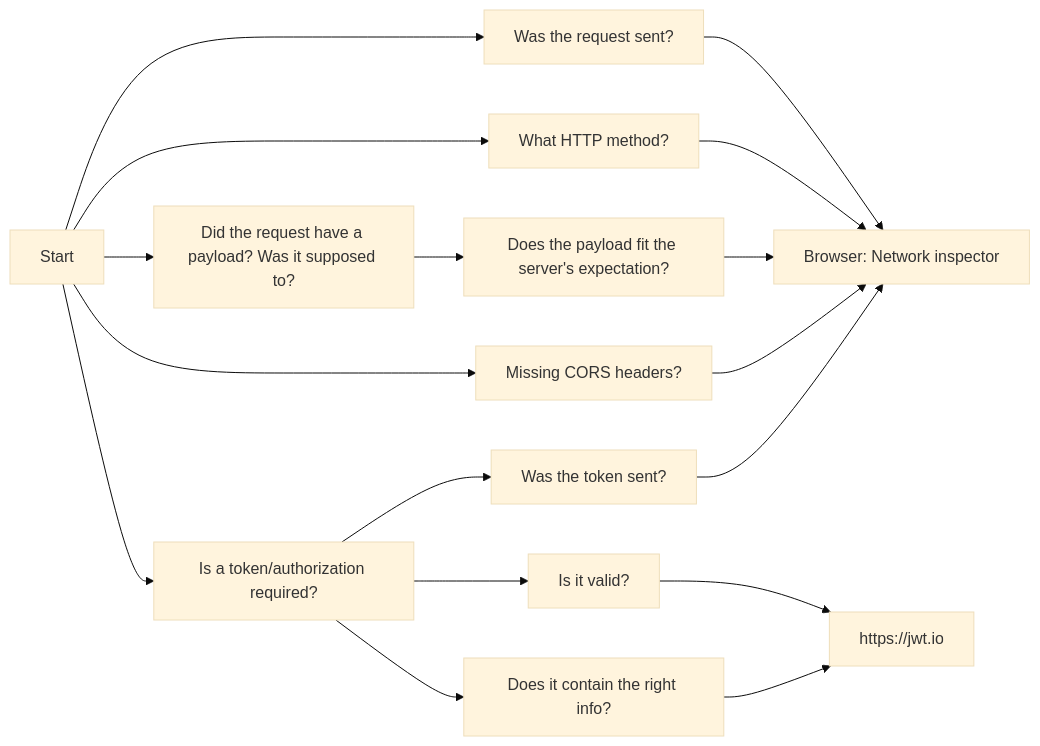
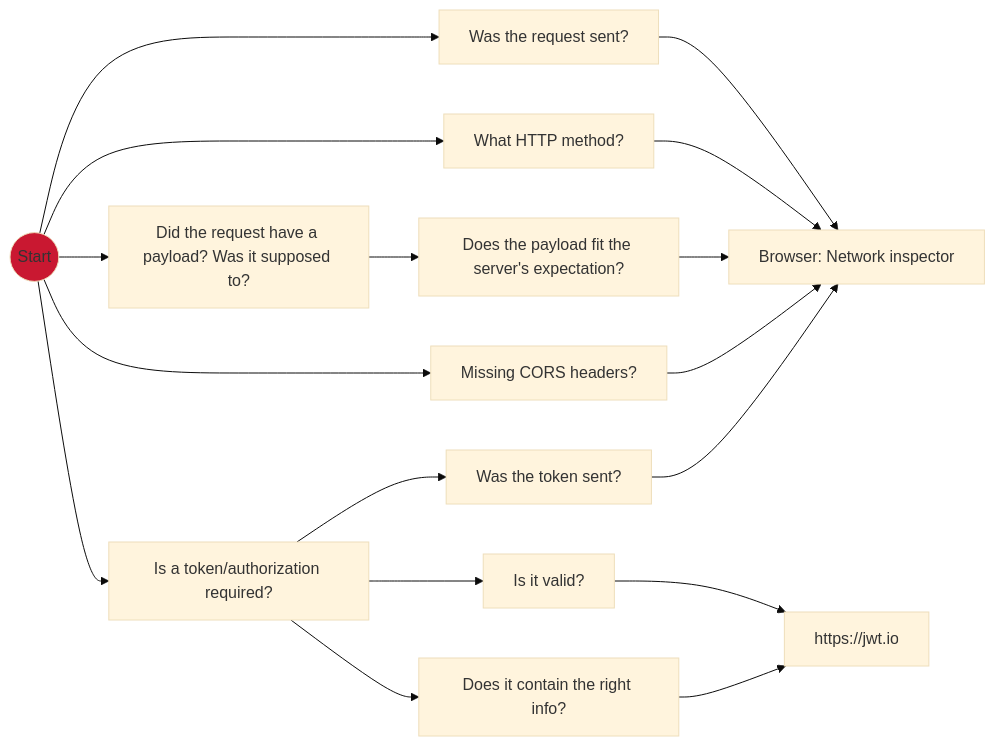
Before and after one commit to zspitz/debuggingProcess: the third of 5 diagrams in README.md, drawn with Mermaid (base theme). The commit also changed other lines of this file, not shown here.

Commit message:
Style start nodes

````diff
--- a/README.md
+++ b/README.md
@@ -57,18 +61,20 @@
 ```mermaid
 graph LR
-N010[Start] --> N074[Was the request sent?]
+Start((Start)) --> N074[Was the request sent?]
 
-N010 --> N075[What HTTP method?]
+Start --> N075[What HTTP method?]
 
-N010 --> N076[Did the request have a payload? Was it supposed to?] --> N077[Does the payload fit the server's expectation?]
+Start --> N076[Did the request have a payload? Was it supposed to?] --> N077[Does the payload fit the server's expectation?]
 
-N010 --> N078[Missing CORS headers?]
+Start --> N078[Missing CORS headers?]
 
 N074 & N075 & N077 & N078 --> N079[Browser: Network inspector]
 
-N010 --> N080[Is a token/authorization required?] --> N081[Was the token sent?] & N082[Is it valid?] & N083[Does it contain the right info?]
+Start --> N080[Is a token/authorization required?] --> N081[Was the token sent?] & N082[Is it valid?] & N083[Does it contain the right info?]
 
 N081 --> N079
 
 N082 & N083 --> N084[https://jwt.io]
+
+style Start fill:#c91831
 ```
````
